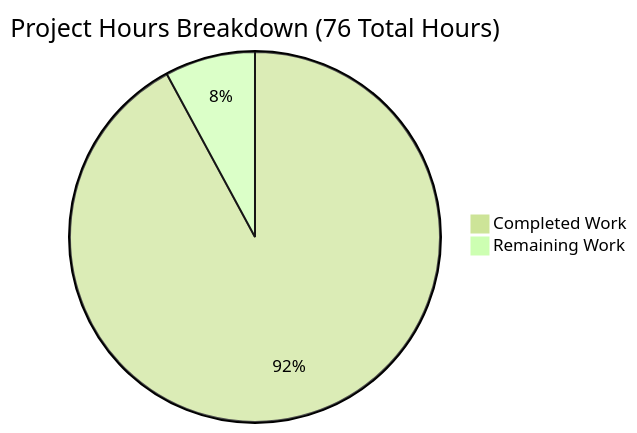
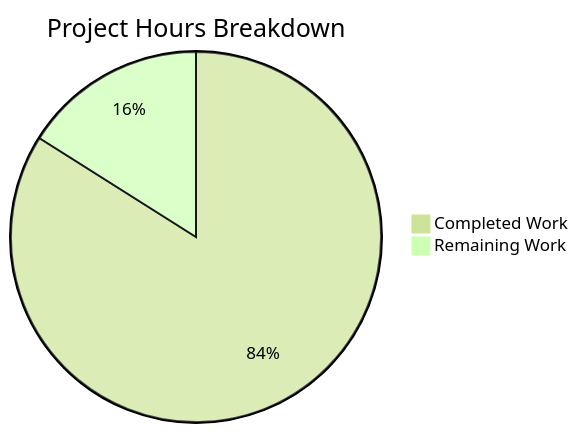
One commit to sudhanshu-spec/test-spec changed the diagram in blitzy/documentation/Project Guide.md. Above: the diagram before and after it, drawn with Mermaid (forest theme). The commit also changed other lines of this file, not shown here.

Commit message:
Adding Blitzy Project Guide: Project Status and Human Tasks Remaining

````diff
--- a/blitzy/documentation/Project Guide.md
+++ b/blitzy/documentation/Project Guide.md
@@ -38,5 +108,5 @@
 ```mermaid
-pie title Project Hours Breakdown (76 Total Hours)
-    "Completed Work" : 70
-    "Remaining Work" : 6
+pie title Project Hours Breakdown
+    "Completed Work" : 89
+    "Remaining Work" : 17
 ```
````
